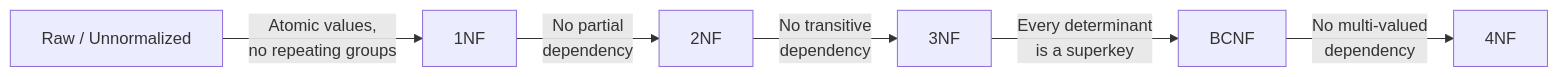
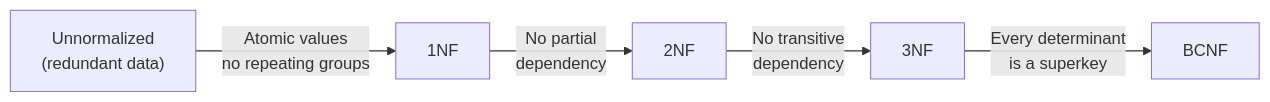
Before and after one commit to naveenkumar1661997/notes: the seventh of 7 diagrams in sql.md, drawn with Mermaid. The commit also changed other lines of this file and 11 other files, not shown here.

```diff
--- a/sql.md
+++ b/sql.md
@@ -583,8 +284,7 @@
 <div class="mermaid">
 flowchart LR
-    Raw["Raw / Unnormalized"] -->|"Atomic values,\nno repeating groups"| NF1["1NF"]
-    NF1 -->|"No partial\ndependency"| NF2["2NF"]
-    NF2 -->|"No transitive\ndependency"| NF3["3NF"]
-    NF3 -->|"Every determinant\nis a superkey"| BCNF["BCNF"]
-    BCNF -->|"No multi-valued\ndependency"| NF4["4NF"]
+    RAW["Unnormalized\n(redundant data)"] -->|"Atomic values\nno repeating groups"| N1["1NF"]
+    N1 -->|"No partial\ndependency"| N2["2NF"]
+    N2 -->|"No transitive\ndependency"| N3["3NF"]
+    N3 -->|"Every determinant\nis a superkey"| BCNF["BCNF"]
 </div>
```
